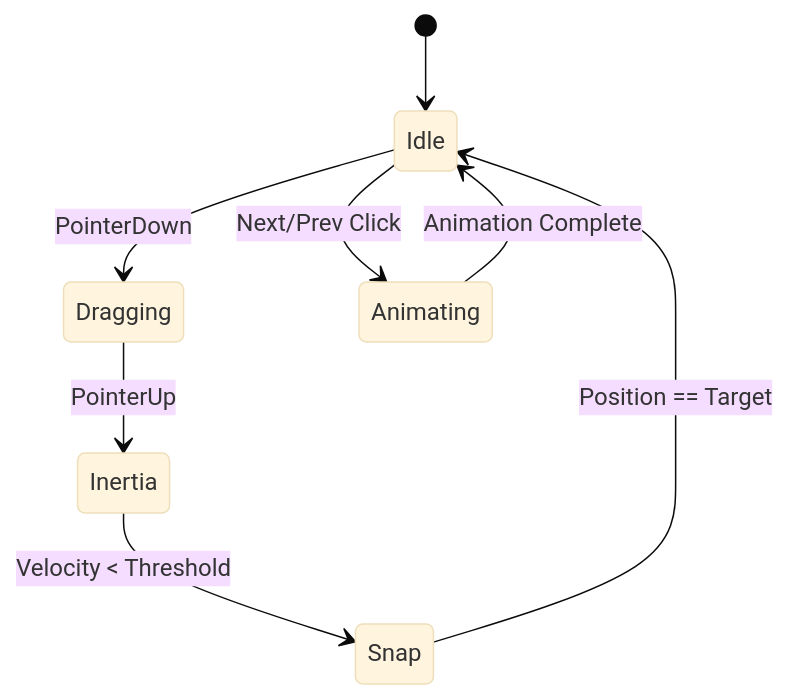
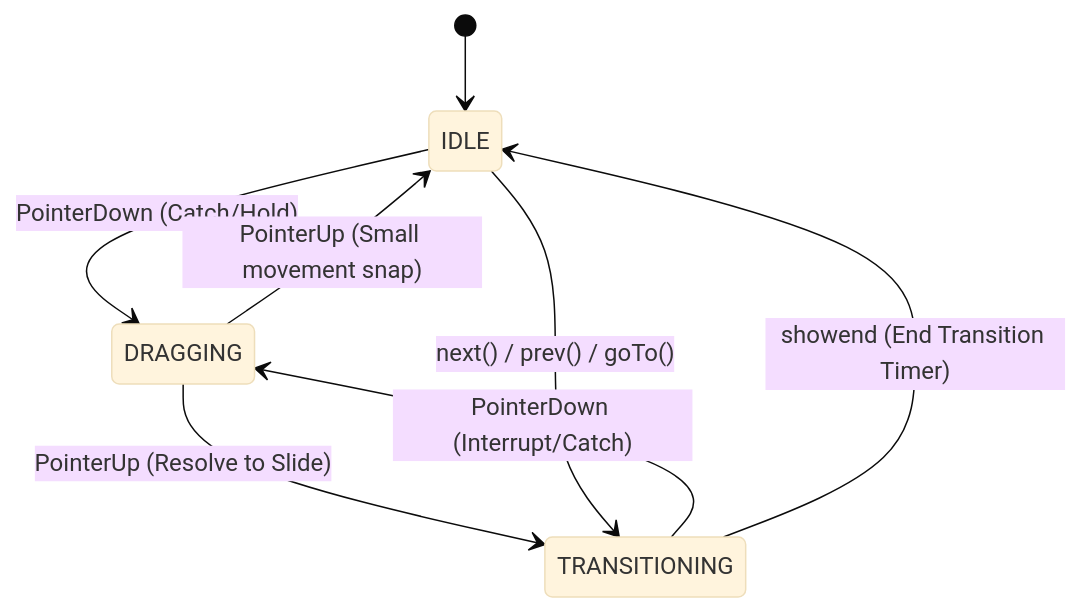
Before and after one commit to wollyboydev/vento-image: the diagram in docs/architecture.md, drawn with Mermaid (base theme). The commit also changed other lines of this file and 1 other file, not shown here.

Commit message:
feat(docs): update architecture

````diff
--- a/docs/architecture.md
+++ b/docs/architecture.md
@@ -532,11 +543,13 @@
 ```mermaid
 stateDiagram-v2
-    [*] --> Idle
-    Idle --> Dragging : PointerDown
-    Dragging --> Inertia : PointerUp
-    Inertia --> Snap : Velocity < Threshold
-    Snap --> Idle : Position == Target
+    [*] --> IDLE
 
-    Idle --> Animating : Next/Prev Click
-    Animating --> Idle : Animation Complete
+    IDLE --> DRAGGING : PointerDown (Catch/Hold)
+    TRANSITIONING --> DRAGGING : PointerDown (Interrupt/Catch)
+
+    DRAGGING --> TRANSITIONING : PointerUp (Resolve to Slide)
+    DRAGGING --> IDLE : PointerUp (Small movement snap)
+
+    IDLE --> TRANSITIONING : next() / prev() / goTo()
+    TRANSITIONING --> IDLE : showend (End Transition Timer)
 ```
````
